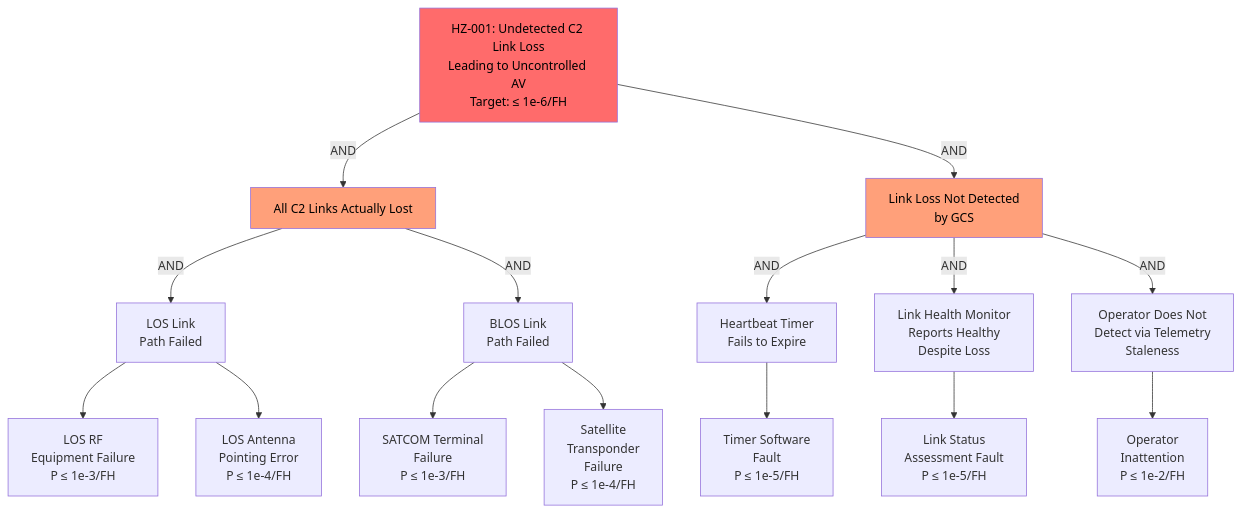
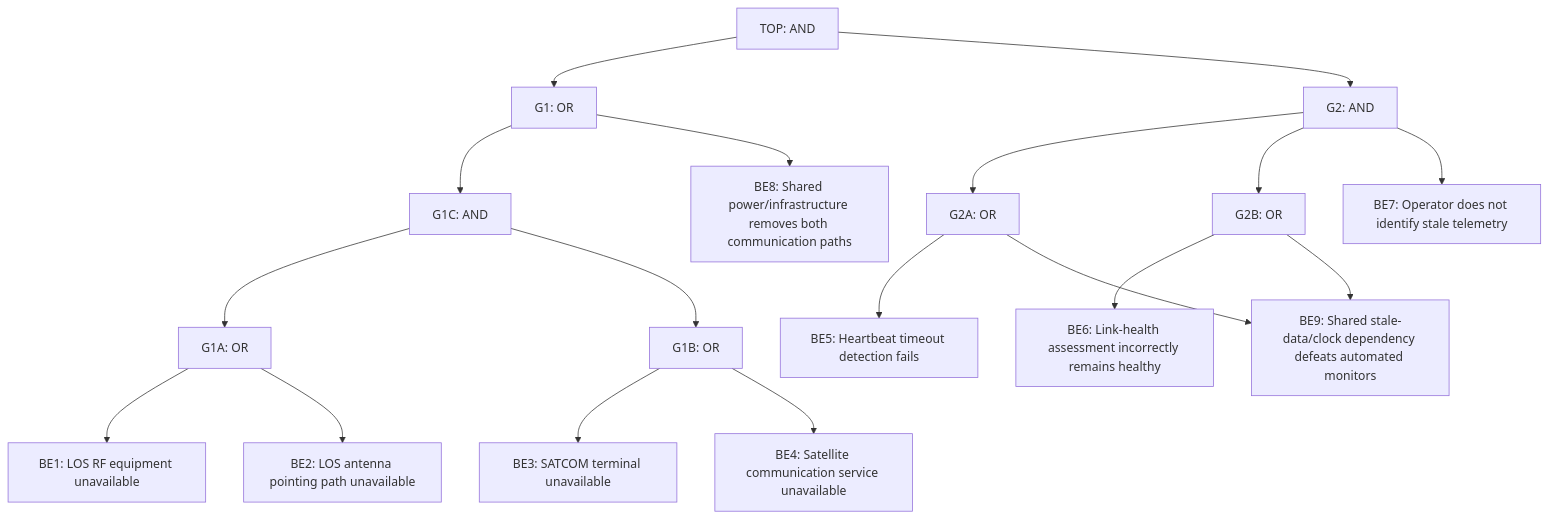
One commit to ajhcs/mbse-agents changed the diagram in examples/defense/uas-ground-control-station/hazard-analysis.md. Above: the diagram before and after it, drawn with Mermaid. The commit also changed other lines of this file and 1342 other files, not shown here.

````diff
--- a/examples/defense/uas-ground-control-station/hazard-analysis.md
+++ b/examples/defense/uas-ground-control-station/hazard-analysis.md
@@ -109,27 +109,37 @@
 ```mermaid
-graph TD
-    TOP["HZ-001: Undetected C2 Link Loss<br/>Leading to Uncontrolled AV<br/>Target: ≤ 1e-6/FH"]
-    TOP -->|AND| G1["All C2 Links Actually Lost"]
-    TOP -->|AND| G2["Link Loss Not Detected<br/>by GCS"]
-
-    G1 -->|AND| G1A["LOS Link<br/>Path Failed"]
-    G1 -->|AND| G1B["BLOS Link<br/>Path Failed"]
-
-    G1A --> BE1["LOS RF<br/>Equipment Failure<br/>P ≤ 1e-3/FH"]
-    G1A --> BE2["LOS Antenna<br/>Pointing Error<br/>P ≤ 1e-4/FH"]
-
-    G1B --> BE3["SATCOM Terminal<br/>Failure<br/>P ≤ 1e-3/FH"]
-    G1B --> BE4["Satellite<br/>Transponder<br/>Failure<br/>P ≤ 1e-4/FH"]
-
-    G2 -->|AND| G2A["Heartbeat Timer<br/>Fails to Expire"]
-    G2 -->|AND| G2B["Link Health Monitor<br/>Reports Healthy<br/>Despite Loss"]
-    G2 -->|AND| G2C["Operator Does Not<br/>Detect via Telemetry<br/>Staleness"]
-
-    G2A --> BE5["Timer Software<br/>Fault<br/>P ≤ 1e-5/FH"]
-    G2B --> BE6["Link Status<br/>Assessment Fault<br/>P ≤ 1e-5/FH"]
-    G2C --> BE7["Operator<br/>Inattention<br/>P ≤ 1e-2/FH"]
-
-    style TOP fill:#ff6b6b,color:#000
-    style G1 fill:#ffa07a,color:#000
-    style G2 fill:#ffa07a,color:#000
+flowchart TD
+  BE1["BE1: LOS RF equipment unavailable"]
+  BE2["BE2: LOS antenna pointing path unavailable"]
+  BE3["BE3: SATCOM terminal unavailable"]
+  BE4["BE4: Satellite communication service unavailable"]
+  BE5["BE5: Heartbeat timeout detection fails"]
+  BE6["BE6: Link-health assessment incorrectly remains healthy"]
+  BE7["BE7: Operator does not identify stale telemetry"]
+  BE8["BE8: Shared power/infrastructure removes both communication paths"]
+  BE9["BE9: Shared stale-data/clock dependency defeats automated monitors"]
+  G1A["G1A: OR"]
+  G1A --> BE1
+  G1A --> BE2
+  G1B["G1B: OR"]
+  G1B --> BE3
+  G1B --> BE4
+  G1C["G1C: AND"]
+  G1C --> G1A
+  G1C --> G1B
+  G1["G1: OR"]
+  G1 --> G1C
+  G1 --> BE8
+  G2A["G2A: OR"]
+  G2A --> BE5
+  G2A --> BE9
+  G2B["G2B: OR"]
+  G2B --> BE6
+  G2B --> BE9
+  G2["G2: AND"]
+  G2 --> G2A
+  G2 --> G2B
+  G2 --> BE7
+  TOP["TOP: AND"]
+  TOP --> G1
+  TOP --> G2
 ```
````
